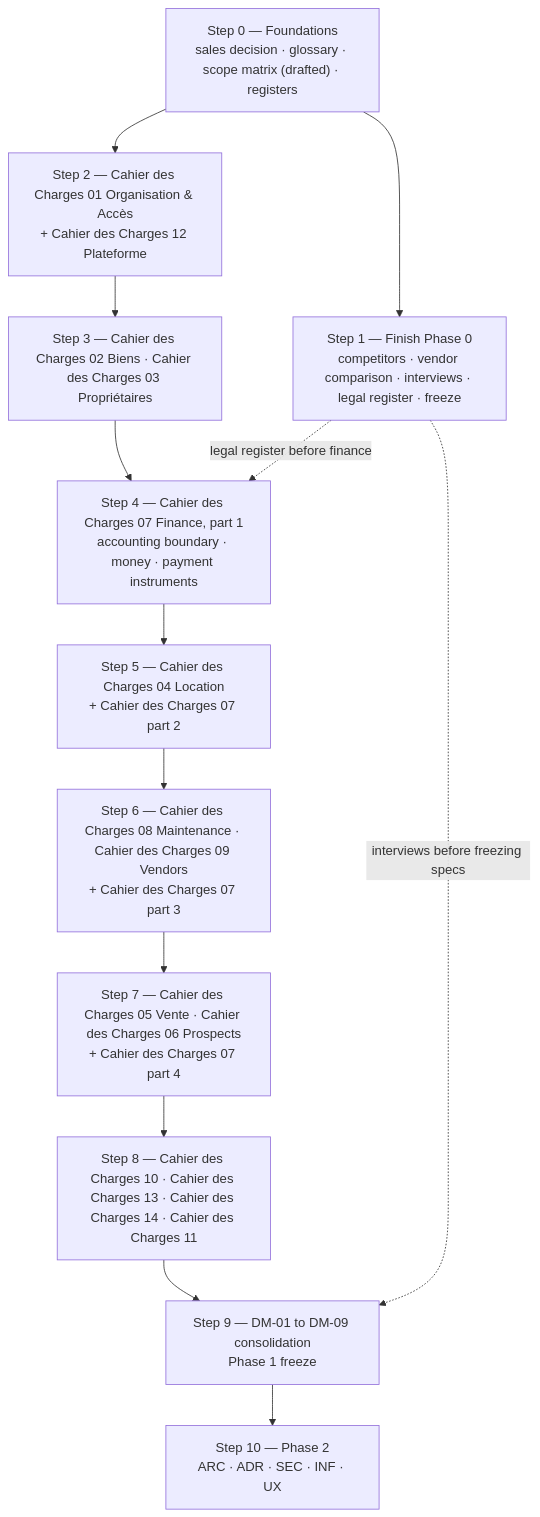
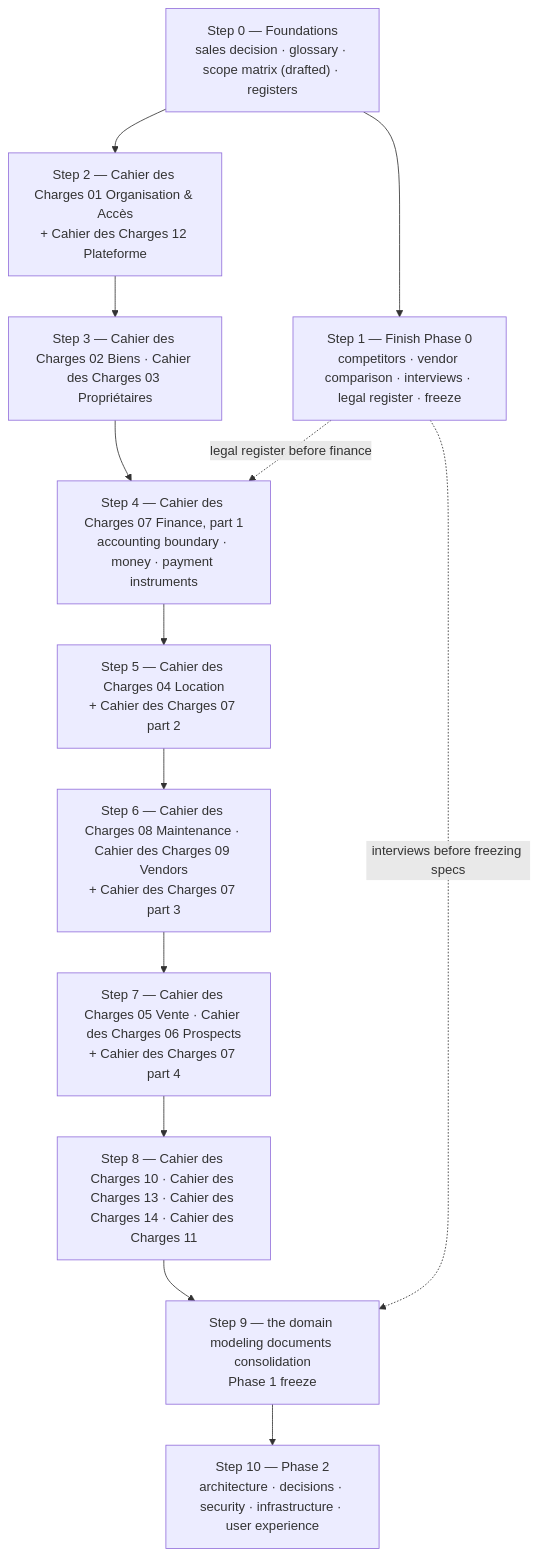
One commit to hamzAmbarki2/ERP changed the diagram in docs/00-documentation-map.md. Above: the diagram before and after it, drawn with Mermaid. The commit also changed other lines of this file and 2 other files, not shown here.

````diff
--- a/docs/00-documentation-map.md
+++ b/docs/00-documentation-map.md
@@ -263,18 +263,18 @@
 ``` mermaid
 flowchart TD
   S0["Step 0 — Foundations<br/>sales decision · glossary · scope matrix (drafted) · registers"]
   P0["Step 1 — Finish Phase 0<br/>competitors · vendor comparison · interviews · legal register · freeze"]
   S2["Step 2 — Cahier des Charges 01 Organisation & Accès<br/>+ Cahier des Charges 12 Plateforme"]
   S3["Step 3 — Cahier des Charges 02 Biens · Cahier des Charges 03 Propriétaires"]
   S4["Step 4 — Cahier des Charges 07 Finance, part 1<br/>accounting boundary · money · payment instruments"]
   S5["Step 5 — Cahier des Charges 04 Location<br/>+ Cahier des Charges 07 part 2"]
   S6["Step 6 — Cahier des Charges 08 Maintenance · Cahier des Charges 09 Vendors<br/>+ Cahier des Charges 07 part 3"]
   S7["Step 7 — Cahier des Charges 05 Vente · Cahier des Charges 06 Prospects<br/>+ Cahier des Charges 07 part 4"]
   S8["Step 8 — Cahier des Charges 10 · Cahier des Charges 13 · Cahier des Charges 14 · Cahier des Charges 11"]
-  S9["Step 9 — DM-01 to DM-09 consolidation<br/>Phase 1 freeze"]
-  S10["Step 10 — Phase 2<br/>ARC · ADR · SEC · INF · UX"]
+  S9["Step 9 — the domain modeling documents consolidation<br/>Phase 1 freeze"]
+  S10["Step 10 — Phase 2<br/>architecture · decisions · security · infrastructure · user experience"]
   S0 --> S2 --> S3 --> S4 --> S5 --> S6 --> S7 --> S8 --> S9 --> S10
   S0 --> P0
   P0 -. "legal register before finance" .-> S4
   P0 -. "interviews before freezing specs" .-> S9
 ```
````
